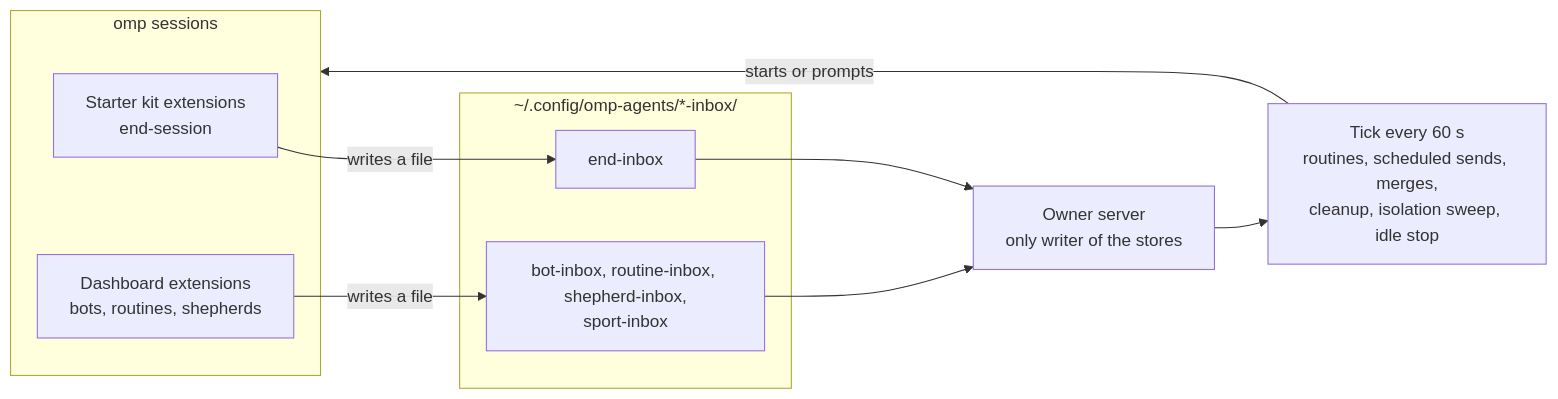
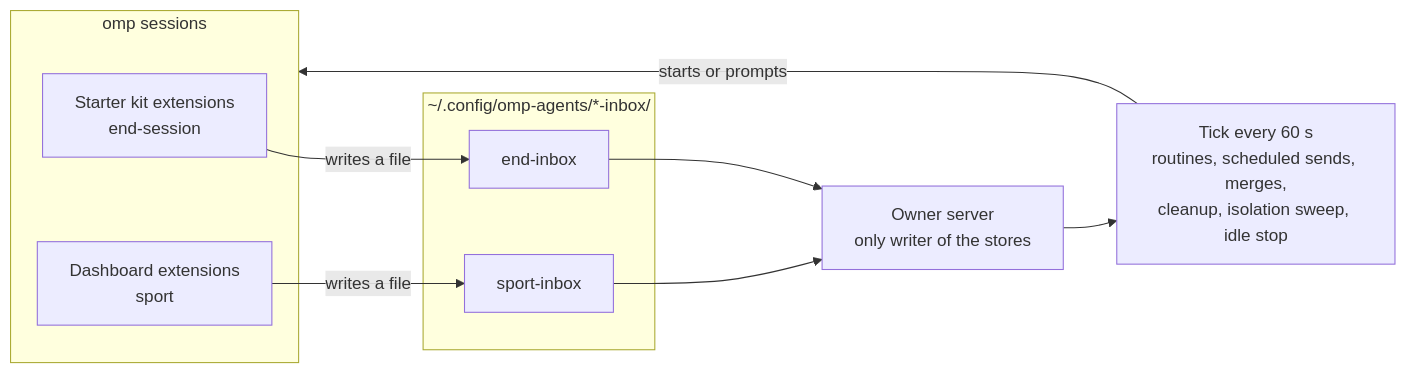
The fourth of 5 diagrams in docs/architecture/harness-map.md (MaisonnatM/omp-agents), drawn with Mermaid before and after one commit. The commit also changed other lines of this file and 251 other files, not shown here.

First line of the commit message:
Retire Bots: routines belong to a Workspace and post Board tasks

````diff
--- a/docs/architecture/harness-map.md
+++ b/docs/architecture/harness-map.md
@@ -72,17 +72,17 @@
 ```mermaid
 flowchart LR
   subgraph sessions["omp sessions"]
     kit["Starter kit extensions<br/>end-session"]
-    dashx["Dashboard extensions<br/>bots, routines, shepherds"]
+    dashx["Dashboard extensions<br/>sport"]
   end
   subgraph inboxes["~/.config/omp-agents/*-inbox/"]
     i1["end-inbox"]
-    i2["bot-inbox, routine-inbox, shepherd-inbox,<br/>sport-inbox"]
+    i2["sport-inbox"]
   end
   kit -->|writes a file| i1
   dashx -->|writes a file| i2
   i1 --> owner["Owner server<br/>only writer of the stores"]
   i2 --> owner
   owner --> tick["Tick every 60 s<br/>routines, scheduled sends, merges,<br/>cleanup, isolation sweep, idle stop"]
   tick -->|starts or prompts| sessions
 ```
````
